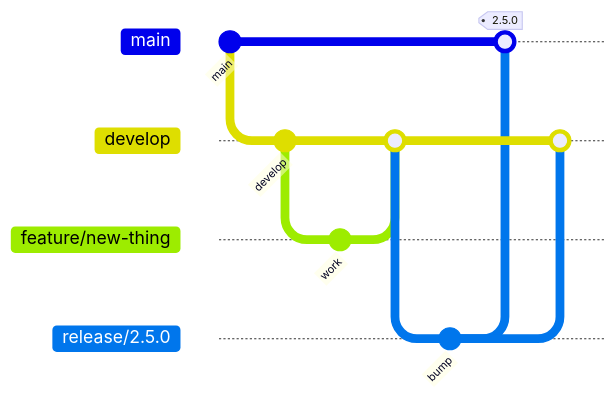
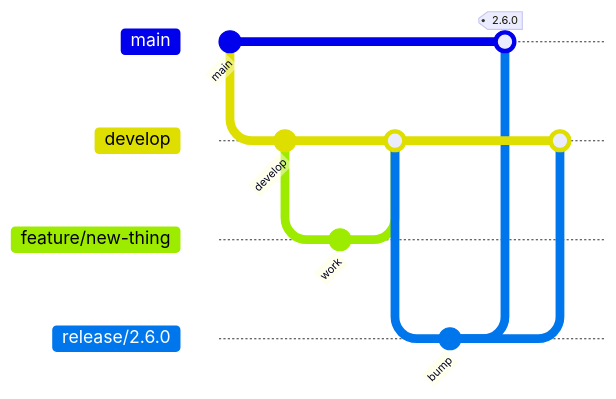
The second of 2 diagrams in docs/development/developer-guide.md (msk-access/py-gbcms), drawn with Mermaid before and after one commit. The commit also changed 8 other files, not shown here.

````diff
--- a/docs/development/developer-guide.md
+++ b/docs/development/developer-guide.md
@@ -135,16 +135,16 @@
 ```mermaid
 gitGraph
     commit id: "main"
     branch develop
     commit id: "develop"
     branch feature/new-thing
     commit id: "work"
     checkout develop
     merge feature/new-thing
-    branch release/2.5.0
+    branch release/2.6.0
     commit id: "bump"
     checkout main
-    merge release/2.5.0 tag: "2.5.0"
+    merge release/2.6.0 tag: "2.6.0"
     checkout develop
-    merge release/2.5.0
+    merge release/2.6.0
 ```
````
